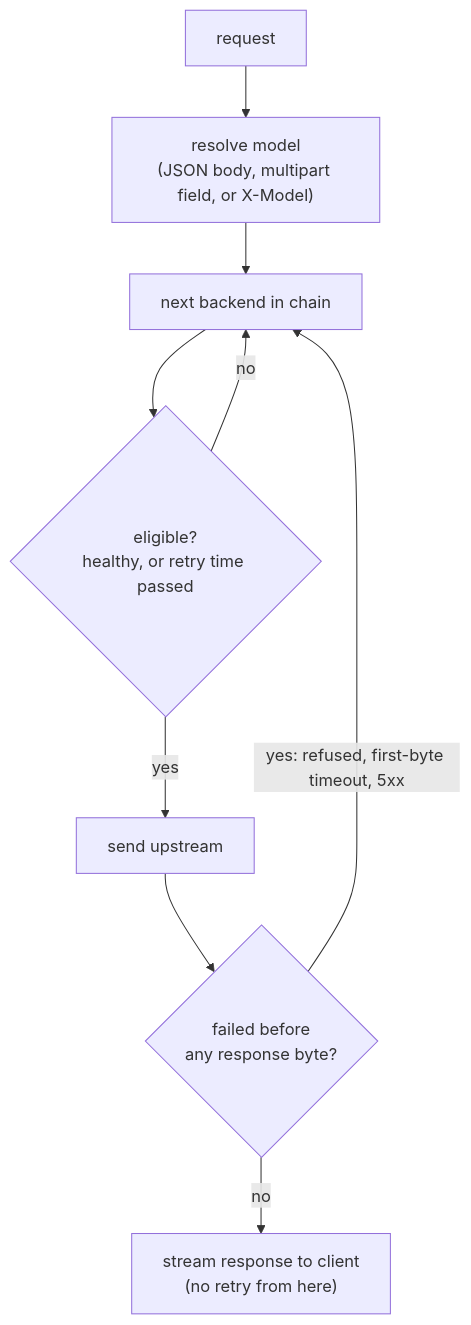
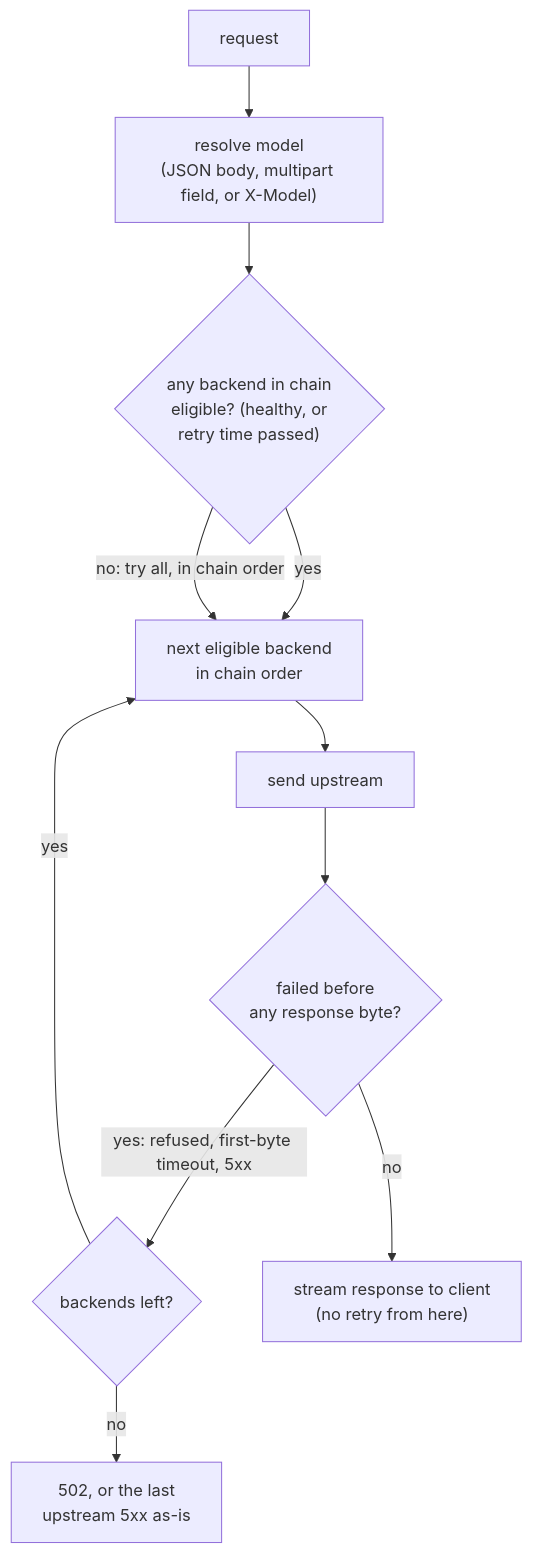
The third of 3 diagrams in README.md (zhuanyi/lite-model-router), drawn with Mermaid before and after one commit. The commit also changed other lines of this file and 1 other file, not shown here.

Commit message:
docs: add SVG hero banner and fix README diagrams
- Add docs/assets/hero.svg (repo name, tagline, small fallback-chain
  motif on its own dark card so it reads on light and dark themes) and
  point the README at it; docs/assets/hero.png never existed.
- How-it-works flowchart: node labels starting with "1." were parsed by
  Mermaid as Markdown lists and rendered as "Unsupported markdown: list";
  use "1st:", "2nd:", "3rd:".
- Request flowchart: show that an all-ineligible chain is still tried in
  chain order, and the 502 / last-5xx outcome when every attempt fails.
- State diagram: only connect errors, timeouts and 502/503/504 demote a
  backend, not any failed request.
- Status endpoints: keep GET /v1/models inside the list.

````diff
--- a/README.md
+++ b/README.md
@@ -70,11 +70,13 @@
 ```mermaid
 flowchart TD
     R["request"] --> M["resolve model<br/>(JSON body, multipart field, or X-Model)"]
-    M --> N["next backend in chain"]
-    N --> E{"eligible?<br/>healthy, or retry time passed"}
-    E -- no --> N
-    E -- yes --> U["send upstream"]
+    M --> O{"any backend in chain<br/>eligible? (healthy, or<br/>retry time passed)"}
+    O -- yes --> N["next eligible backend<br/>in chain order"]
+    O -- "no: try all, in chain order" --> N
+    N --> U["send upstream"]
     U --> F{"failed before<br/>any response byte?"}
-    F -- "yes: refused, first-byte timeout, 5xx" --> N
+    F -- "yes: refused, first-byte timeout, 5xx" --> X{"backends left?"}
+    X -- yes --> N
+    X -- no --> G["502, or the last<br/>upstream 5xx as-is"]
     F -- no --> S["stream response to client<br/>(no retry from here)"]
 ```
````
